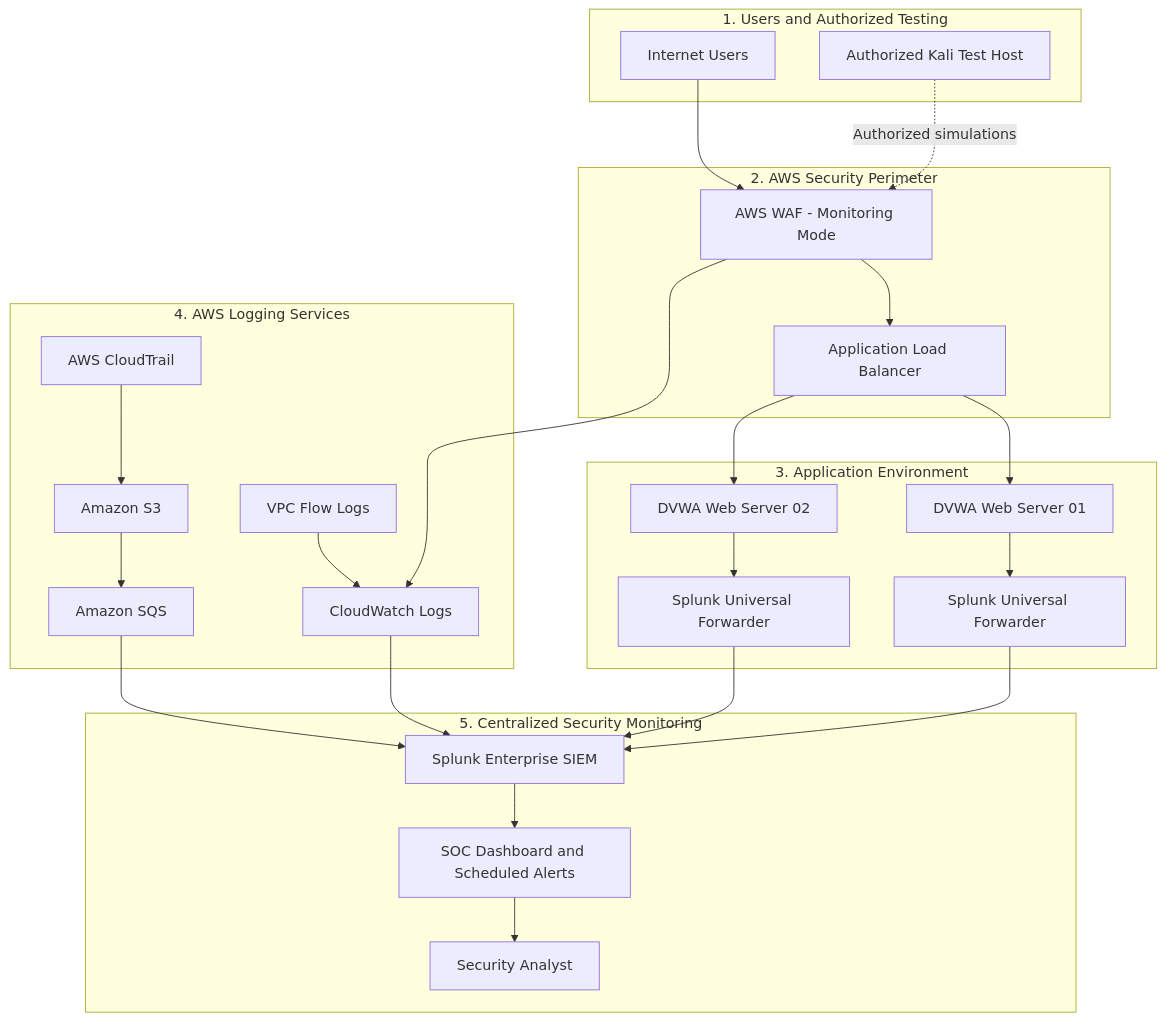
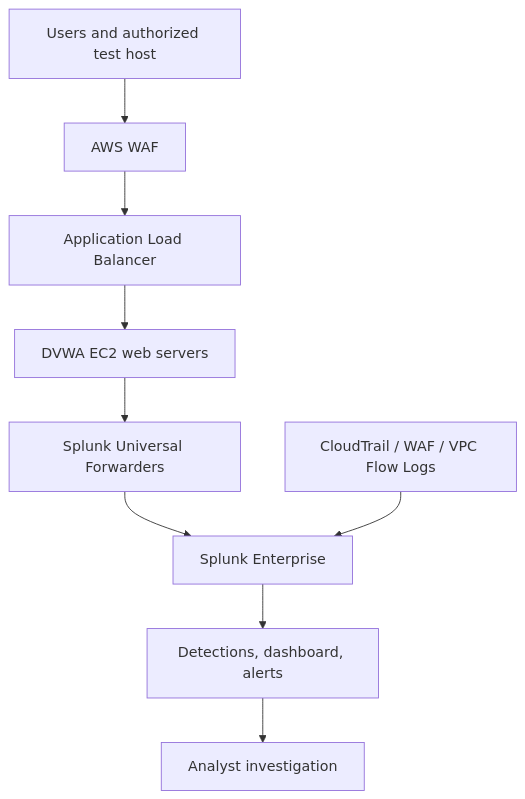
Before and after one commit to Parakh-Shinde/Enterprise-Cloud-Security-Monitoring-Platform: the diagram in README.md, drawn with Mermaid. The commit also changed other lines of this file, not shown here.

Commit message:
Polish README for cloud security engineering review

````diff
--- a/README.md
+++ b/README.md
@@ -101,54 +34,11 @@
 ```mermaid
 flowchart TD
-    subgraph Access["1. Users and Authorized Testing"]
-        U[Internet Users]
-        K[Authorized Kali Test Host]
-    end
-
-    subgraph Perimeter["2. AWS Security Perimeter"]
-        W[AWS WAF - Monitoring Mode]
-        A[Application Load Balancer]
-    end
-
-    subgraph Application["3. Application Environment"]
-        E1[DVWA Web Server 01]
-        E2[DVWA Web Server 02]
-        UF1[Splunk Universal Forwarder]
-        UF2[Splunk Universal Forwarder]
-    end
-
-    subgraph AWSLogs["4. AWS Logging Services"]
-        C[AWS CloudTrail]
-        B[Amazon S3]
-        Q[Amazon SQS]
-        CW[CloudWatch Logs]
-        V[VPC Flow Logs]
-    end
-
-    subgraph SOC["5. Centralized Security Monitoring"]
-        S[Splunk Enterprise SIEM]
-        D[SOC Dashboard and Scheduled Alerts]
-        H[Security Analyst]
-    end
-
-    U --> W
-    K -. Authorized simulations .-> W
-    W --> A
-    A --> E1
-    A --> E2
-
-    E1 --> UF1
-    E2 --> UF2
-    UF1 --> S
-    UF2 --> S
-
-    C --> B
-    B --> Q
-    Q --> S
-    W --> CW
-    V --> CW
-    CW --> S
-
-    S --> D
-    D --> H
+    U["Users and authorized test host"] --> W["AWS WAF"]
+    W --> A["Application Load Balancer"]
+    A --> E["DVWA EC2 web servers"]
+    E --> F["Splunk Universal Forwarders"]
+    F --> S["Splunk Enterprise"]
+    C["CloudTrail / WAF / VPC Flow Logs"] --> S
+    S --> D["Detections, dashboard, alerts"]
+    D --> H["Analyst investigation"]
 ```
````
